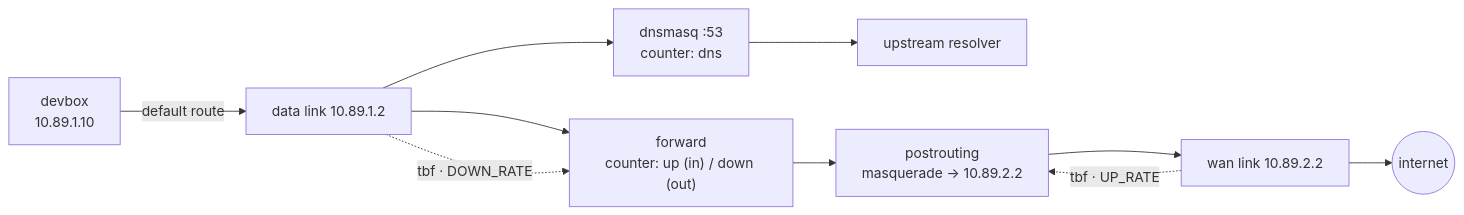
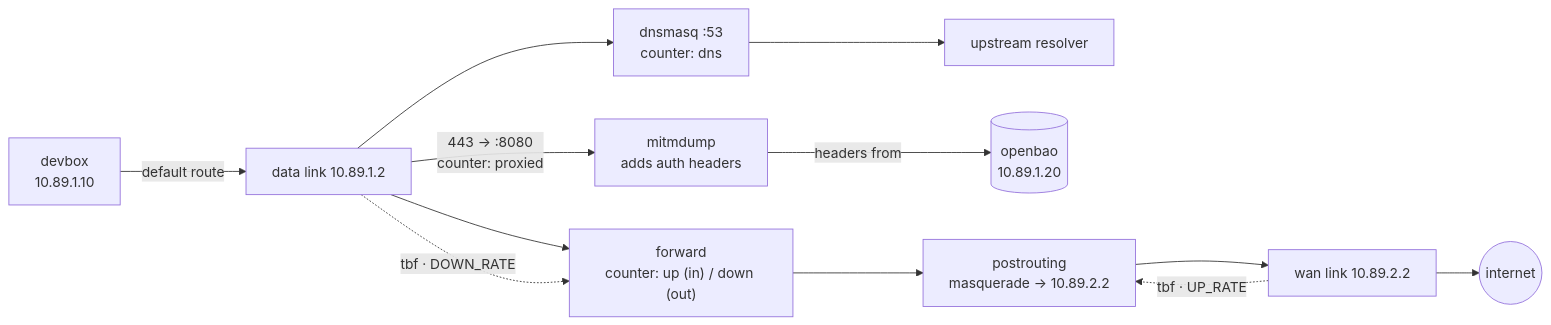
Before and after one commit to TreeHappy/Worktainer: the first of 2 diagrams in sandbox/egress/README.md, drawn with Mermaid. The commit also changed other lines of this file and 9 other files, not shown here.

````diff
--- a/sandbox/egress/README.md
+++ b/sandbox/egress/README.md
@@ -9,11 +11,13 @@
 ```mermaid
 flowchart LR
     D["devbox<br/>10.89.1.10"] -->|"default route"| DATA["data link 10.89.1.2"]
     DATA --> F["forward<br/>counter: up (in) / down (out)"]
     DATA --> DNS["dnsmasq :53<br/>counter: dns"]
     DNS --> UP["upstream resolver"]
+    DATA -->|"443 → :8080<br/>counter: proxied"| P["mitmdump<br/>adds auth headers"]
+    P -->|"headers from"| BAO[("openbao<br/>10.89.1.20")]
     F --> NAT["postrouting<br/>masquerade → 10.89.2.2"]
     NAT --> WAN["wan link 10.89.2.2"] --> INT(("internet"))
     WAN -.->|"tbf · UP_RATE"| NAT
     DATA -.->|"tbf · DOWN_RATE"| F
 ```
````
